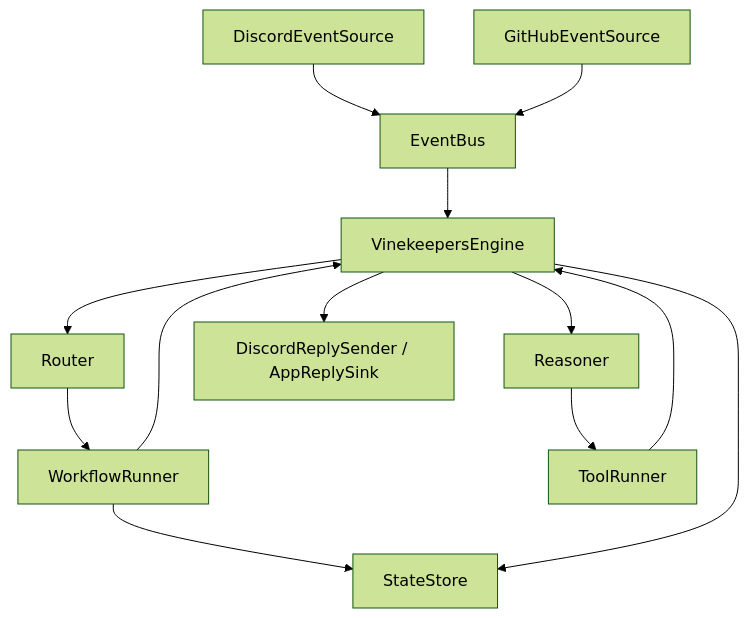
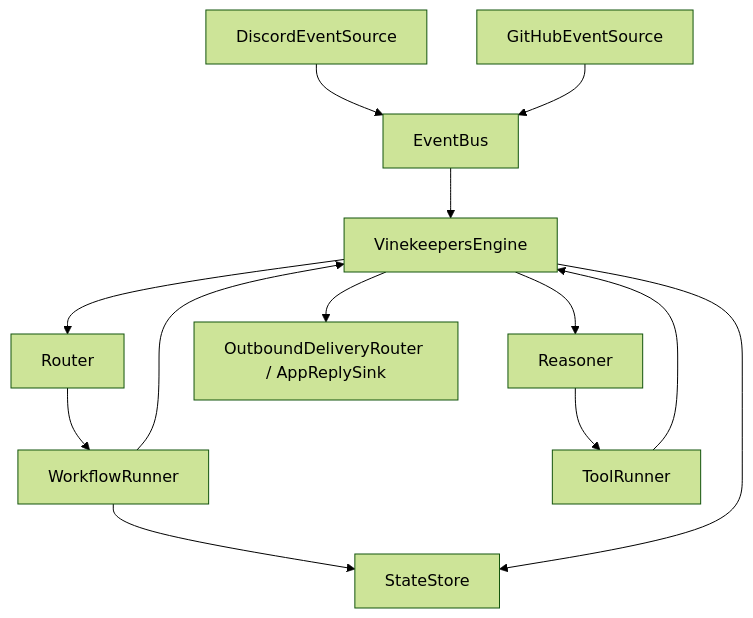
One commit to perfectedge13/Vinekeepers changed the diagram in mkdoc/architecture.md. Above: the diagram before and after it, drawn with Mermaid (forest theme). The commit also changed other lines of this file and 21 other files, not shown here.

First line of the commit message:
Add outbound delivery router and per-bot Discord identity

````diff
--- a/mkdoc/architecture.md
+++ b/mkdoc/architecture.md
@@ -32,26 +32,26 @@
 ```mermaid
 flowchart TB
   Discord[DiscordEventSource]
   GitHub[GitHubEventSource]
   Bus[EventBus]
   Engine[VinekeepersEngine]
   Router[Router]
   Runner[WorkflowRunner]
   Reasoner[Reasoner]
   Tools[ToolRunner]
   State[StateStore]
-  Reply[DiscordReplySender / AppReplySink]
+  Reply[OutboundDeliveryRouter / AppReplySink]
 
   Discord --> Bus
   GitHub --> Bus
   Bus --> Engine
   Engine --> Router
   Router --> Runner
   Runner --> State
   Runner --> Engine
   Engine --> Reasoner
   Reasoner --> Tools
   Tools --> Engine
   Engine --> State
   Engine --> Reply
 ```
````
